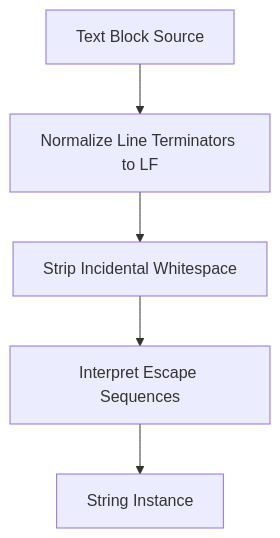
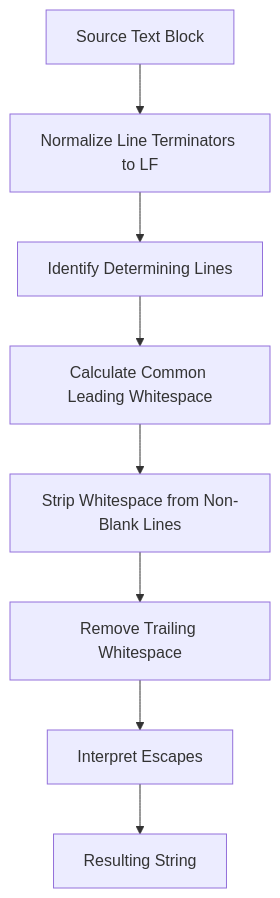
The diagram in java-text-blocks/README.md (VrushankPatel/interview-matters), drawn with Mermaid before and after one commit. The commit also changed other lines of this file and 6 other files, not shown here.

````diff
--- a/java-text-blocks/README.md
+++ b/java-text-blocks/README.md
@@ -25,7 +33,10 @@
 ```mermaid
 flowchart TD
-    A[Text Block Source] --> B[Normalize Line Terminators to LF]
-    B --> C[Strip Incidental Whitespace]
-    C --> D[Interpret Escape Sequences]
-    D --> E[String Instance]
+    A[Source Text Block] --> B[Normalize Line Terminators to LF]
+    B --> C[Identify Determining Lines]
+    C --> D[Calculate Common Leading Whitespace]
+    D --> E[Strip Whitespace from Non-Blank Lines]
+    E --> F[Remove Trailing Whitespace]
+    F --> G[Interpret Escapes]
+    G --> H[Resulting String]
 ```
````
